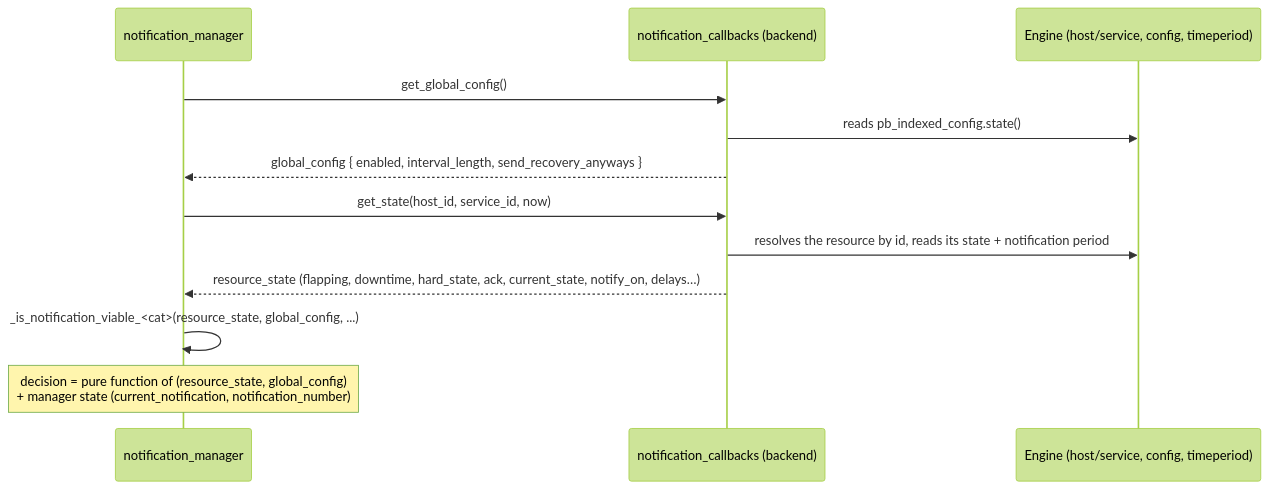
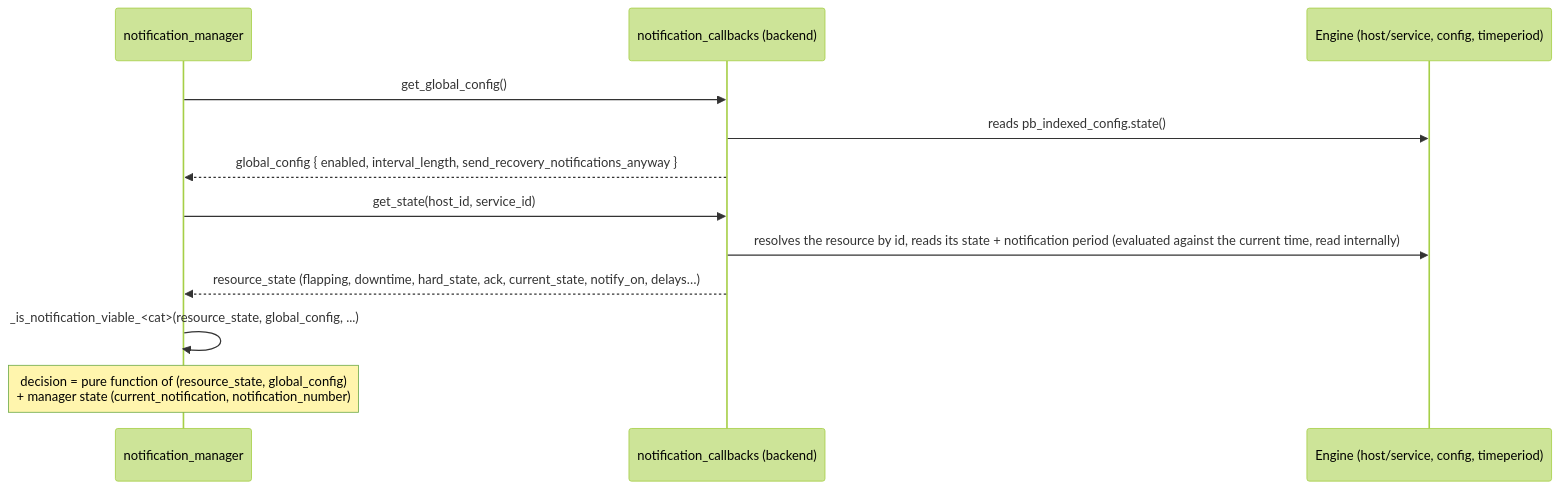
One commit to centreon/centreon-collect changed diagram 11 of 12 in doc/notifications-en.md. Above: the diagram before and after it, drawn with Mermaid (forest theme). The commit also changed 1 other file, not shown here.

Commit message:
chore(doc): notifications doc updated

````diff
--- a/doc/notifications-en.md
+++ b/doc/notifications-en.md
@@ -523,15 +523,15 @@
 ```mermaid
 sequenceDiagram
     participant NM as notification_manager
     participant CB as notification_callbacks (backend)
     participant ENG as Engine (host/service, config, timeperiod)
 
     NM->>CB: get_global_config()
     CB->>ENG: reads pb_indexed_config.state()
-    CB-->>NM: global_config { enabled, interval_length, send_recovery_anyways }
-    NM->>CB: get_state(host_id, service_id, now)
-    CB->>ENG: resolves the resource by id, reads its state + notification period
+    CB-->>NM: global_config { enabled, interval_length, send_recovery_notifications_anyway }
+    NM->>CB: get_state(host_id, service_id)
+    CB->>ENG: resolves the resource by id, reads its state + notification period (evaluated against the current time, read internally)
     CB-->>NM: resource_state (flapping, downtime, hard_state, ack, current_state, notify_on, delays…)
     NM->>NM: _is_notification_viable_<cat>(resource_state, global_config, ...)
     note over NM: decision = pure function of (resource_state, global_config)<br/>+ manager state (current_notification, notification_number)
 ```
````
